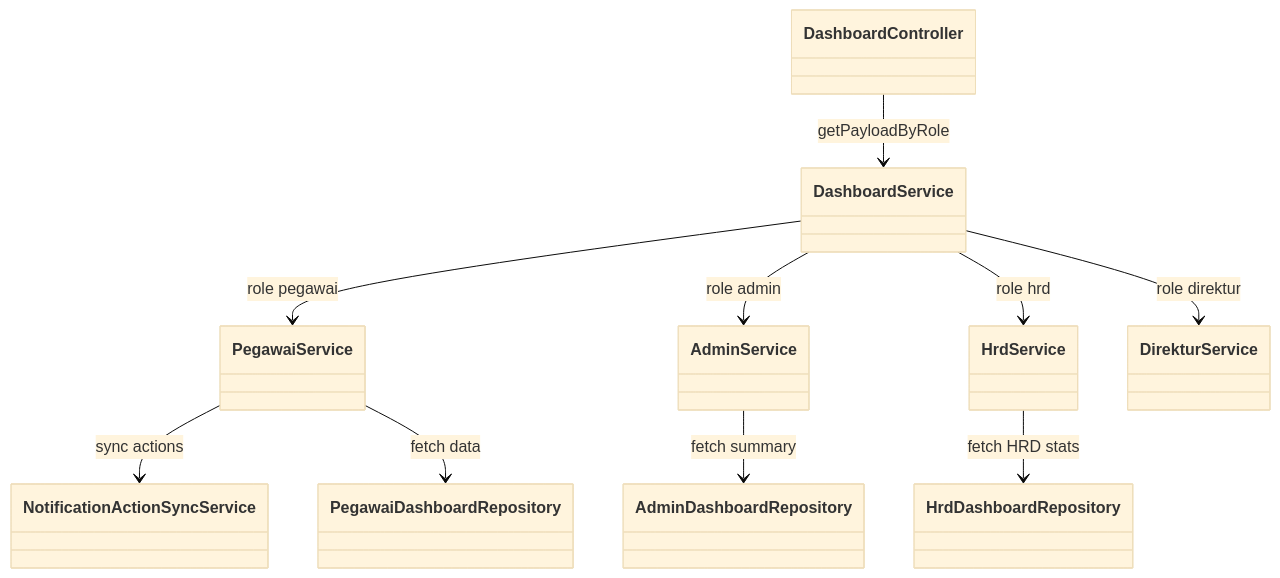
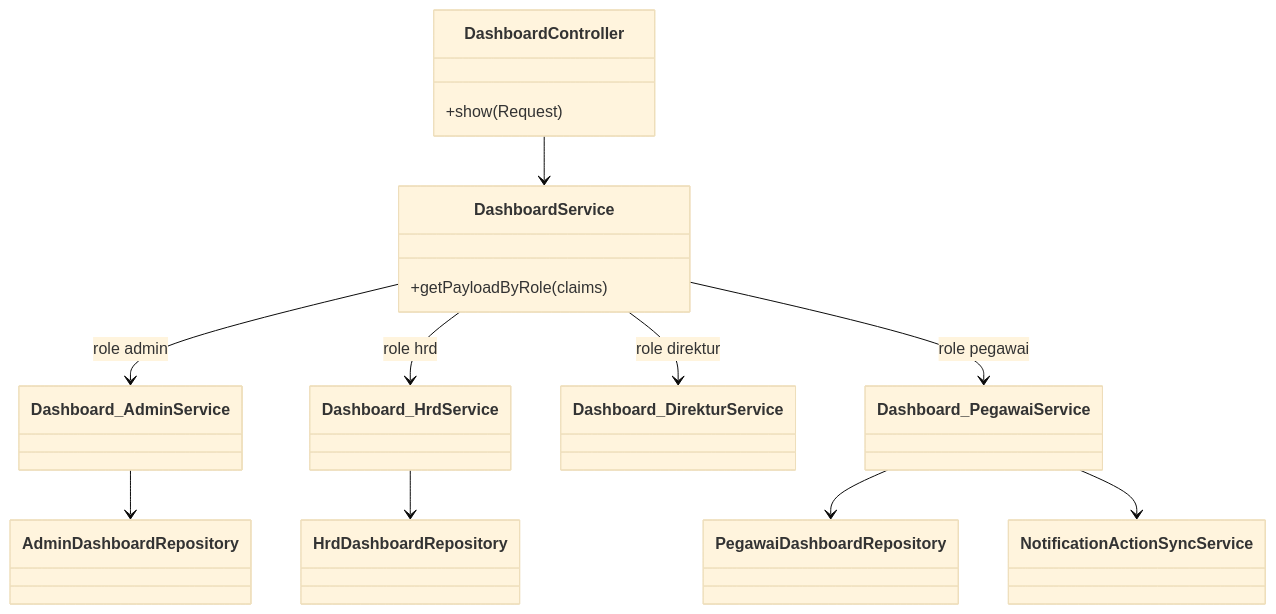
The fourth of 11 diagrams in dokumentasi/dokumentasi_app.md (widy4aa/BE-SIMPEG-RSKALISAT), drawn with Mermaid (base theme) before and after one commit. The commit also changed other lines of this file, not shown here.

````diff
--- a/dokumentasi/dokumentasi_app.md
+++ b/dokumentasi/dokumentasi_app.md
@@ -365,23 +170,27 @@
 ```mermaid
 classDiagram
-	class DashboardController
-	class DashboardService
-	class PegawaiService
-	class AdminService
-	class HrdService
-	class DirekturService
-	class PegawaiDashboardRepository
-	class AdminDashboardRepository
-	class HrdDashboardRepository
-	class NotificationActionSyncService
+    class DashboardController {
+        +show(Request)
+    }
+    class DashboardService {
+        +getPayloadByRole(claims)
+    }
+    class Dashboard_AdminService
+    class Dashboard_HrdService
+    class Dashboard_DirekturService
+    class Dashboard_PegawaiService
+    class AdminDashboardRepository
+    class HrdDashboardRepository
+    class PegawaiDashboardRepository
+    class NotificationActionSyncService
 
-	DashboardController --> DashboardService : getPayloadByRole
-	DashboardService --> PegawaiService : role pegawai
-	DashboardService --> AdminService : role admin
-	DashboardService --> HrdService : role hrd
-	DashboardService --> DirekturService : role direktur
-	PegawaiService --> NotificationActionSyncService : sync actions
-	PegawaiService --> PegawaiDashboardRepository : fetch data
-	AdminService --> AdminDashboardRepository : fetch summary
-	HrdService --> HrdDashboardRepository : fetch HRD stats
+    DashboardController --> DashboardService
+    DashboardService --> Dashboard_AdminService : role admin
+    DashboardService --> Dashboard_HrdService : role hrd
+    DashboardService --> Dashboard_DirekturService : role direktur
+    DashboardService --> Dashboard_PegawaiService : role pegawai
+    Dashboard_AdminService --> AdminDashboardRepository
+    Dashboard_HrdService --> HrdDashboardRepository
+    Dashboard_PegawaiService --> PegawaiDashboardRepository
+    Dashboard_PegawaiService --> NotificationActionSyncService
 ```
````
